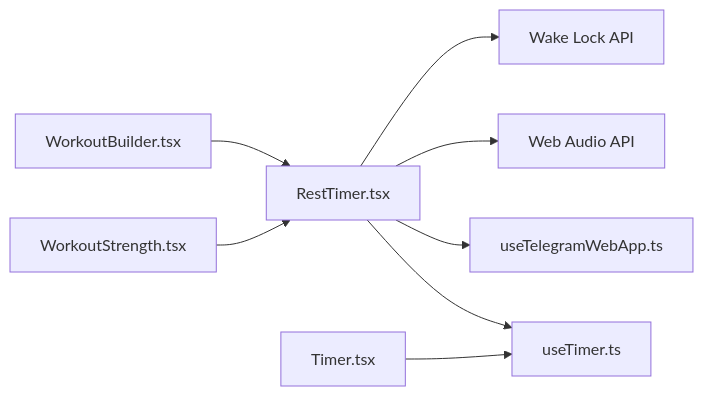
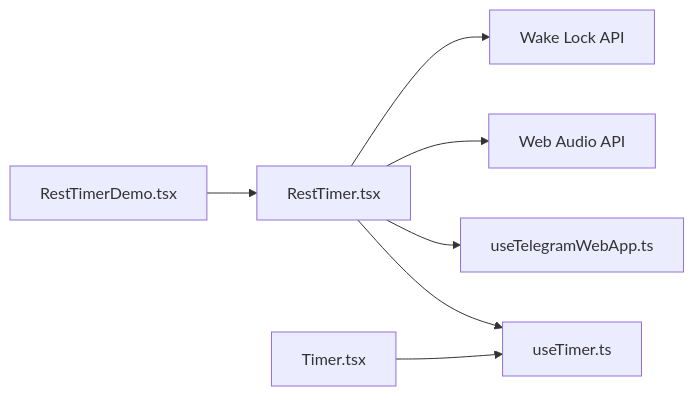
One commit to nilsnavi/fit_trackerpro changed the fifth of 5 diagrams in .qoder/repowiki/en/content/Feature Implementation/Workout Tracking System/Timer & Rest Management.md. Above: the diagram before and after it, drawn with Mermaid. The commit also changed other lines of this file and 10 other files, not shown here.

````diff
--- a/.qoder/repowiki/en/content/Feature Implementation/Workout Tracking System/Timer & Rest Management.md
+++ b/.qoder/repowiki/en/content/Feature Implementation/Workout Tracking System/Timer & Rest Management.md
@@ -305,10 +302,9 @@
 ```mermaid
 graph LR
 RT["RestTimer.tsx"] --> UT["useTimer.ts"]
 RT --> TG["useTelegramWebApp.ts"]
 RT --> WA["Web Audio API"]
 RT --> WL["Wake Lock API"]
 UI["Timer.tsx"] --> UT
-WS["WorkoutStrength.tsx"] --> RT
-WB["WorkoutBuilder.tsx"] --> RT
+DEMO["RestTimerDemo.tsx"] --> RT
 ```
````
